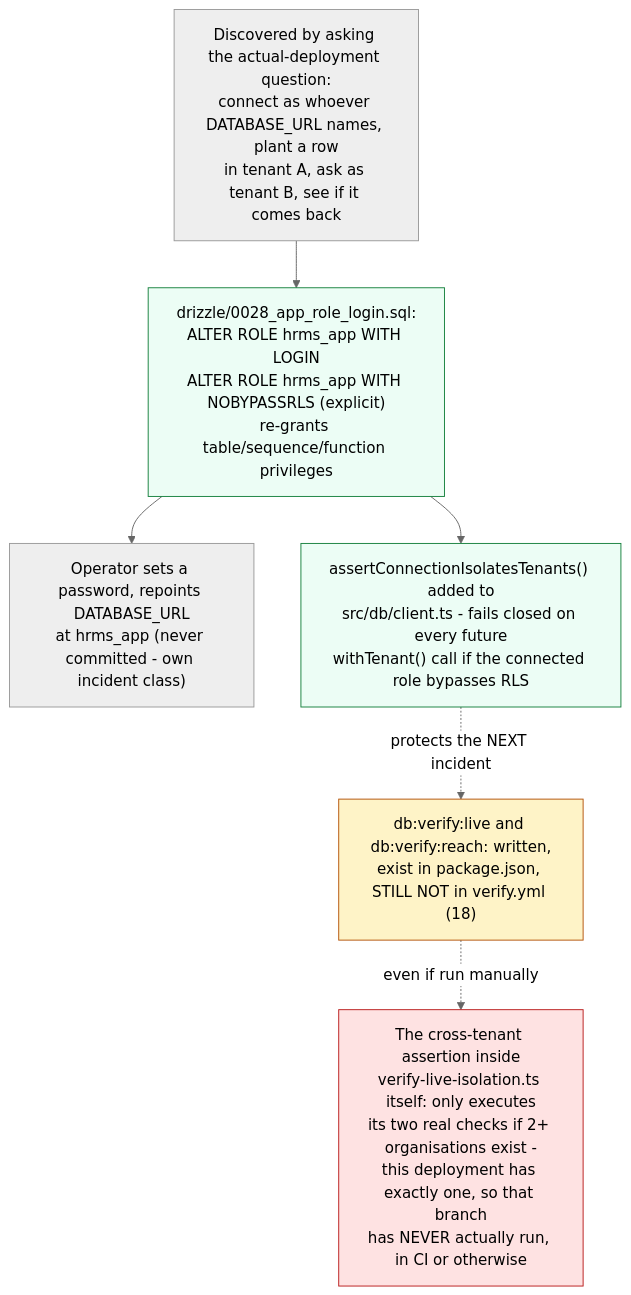
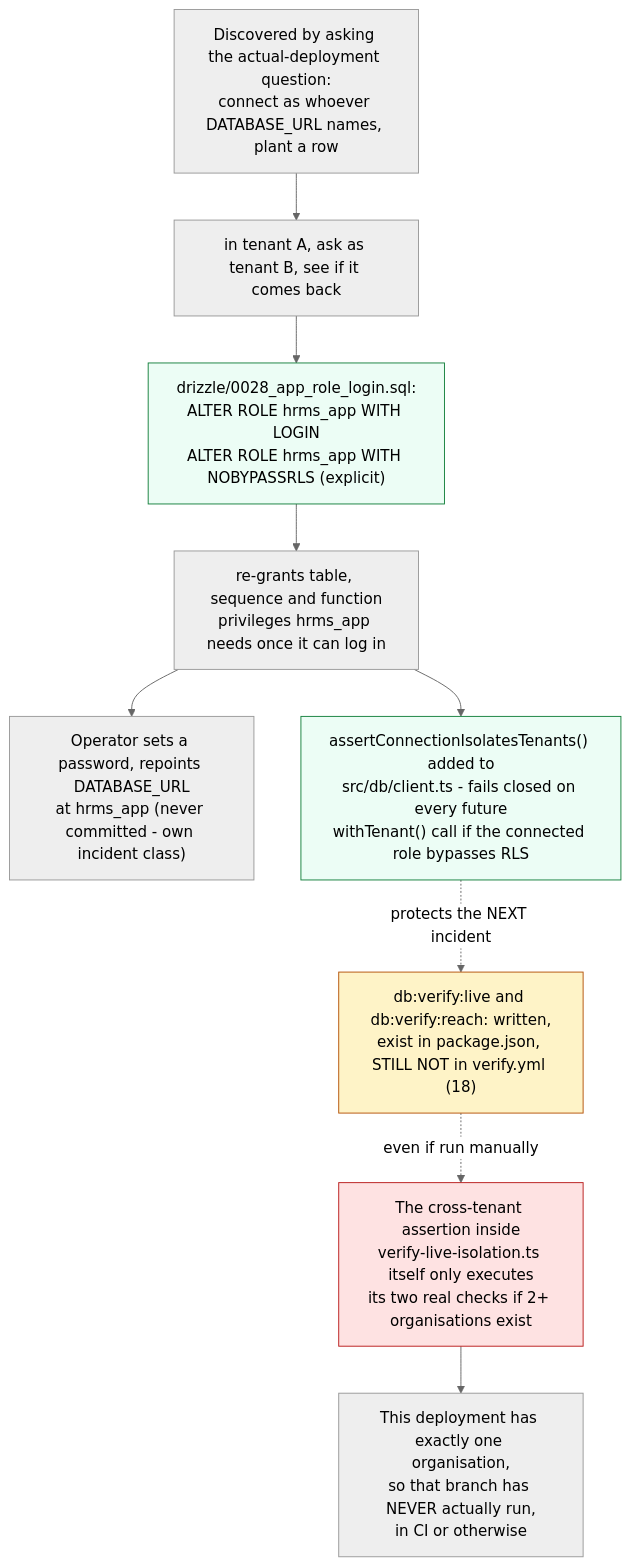
Diagram 41 of 49 in Architecture_Docs/06_ARCHITECTURE_DIAGRAMS.md (Hemakotibonthada/HRMS.circuvent), drawn with Mermaid (neutral theme) before and after one commit. The commit also changed other lines of this file and 21 other files, not shown here.

````diff
--- a/Architecture_Docs/06_ARCHITECTURE_DIAGRAMS.md
+++ b/Architecture_Docs/06_ARCHITECTURE_DIAGRAMS.md
@@ -3425,19 +3430,23 @@
 ```mermaid
 flowchart TB
-    FOUND["Discovered by asking the actual-deployment question:<br/>connect as whoever DATABASE_URL names, plant a row<br/>in tenant A, ask as tenant B, see if it comes back"]
-    FIX1["drizzle/0028_app_role_login.sql:<br/>ALTER ROLE hrms_app WITH LOGIN<br/>ALTER ROLE hrms_app WITH NOBYPASSRLS (explicit)<br/>re-grants table/sequence/function privileges"]
+    FOUND["Discovered by asking the actual-deployment question:<br/>connect as whoever DATABASE_URL names, plant a row"]
+    FOUNDB["in tenant A, ask as tenant B, see if it comes back"]
+    FIX1["drizzle/0028_app_role_login.sql:<br/>ALTER ROLE hrms_app WITH LOGIN<br/>ALTER ROLE hrms_app WITH NOBYPASSRLS (explicit)"]
+    FIX1B["re-grants table, sequence and function<br/>privileges hrms_app needs once it can log in"]
     FIX2["Operator sets a password, repoints DATABASE_URL<br/>at hrms_app (never committed - own incident class)"]
     GUARD["assertConnectionIsolatesTenants() added to<br/>src/db/client.ts - fails closed on every future<br/>withTenant() call if the connected role bypasses RLS"]
     STILLOPEN["db:verify:live and db:verify:reach: written,<br/>exist in package.json, STILL NOT in verify.yml (18)"]
-    NEVERRUN["The cross-tenant assertion inside<br/>verify-live-isolation.ts itself: only executes<br/>its two real checks if 2+ organisations exist -<br/>this deployment has exactly one, so that branch<br/>has NEVER actually run, in CI or otherwise"]
+    NEVERRUN["The cross-tenant assertion inside<br/>verify-live-isolation.ts itself only executes<br/>its two real checks if 2+ organisations exist"]
+    NEVERRUN2["This deployment has exactly one organisation,<br/>so that branch has NEVER actually run,<br/>in CI or otherwise"]
 
-    FOUND --> FIX1 --> FIX2
-    FIX1 --> GUARD
+    FOUND --> FOUNDB --> FIX1 --> FIX1B --> FIX2
+    FIX1B --> GUARD
     GUARD -.->|"protects the NEXT incident"| STILLOPEN
     STILLOPEN -.->|"even if run manually"| NEVERRUN
+    NEVERRUN --> NEVERRUN2
 
     style FIX1 fill:#ECFDF5,stroke:#15803D
     style GUARD fill:#ECFDF5,stroke:#15803D
     style STILLOPEN fill:#FEF3C7,stroke:#B45309
     style NEVERRUN fill:#FEE2E2,stroke:#B91C1C
 ```
````
